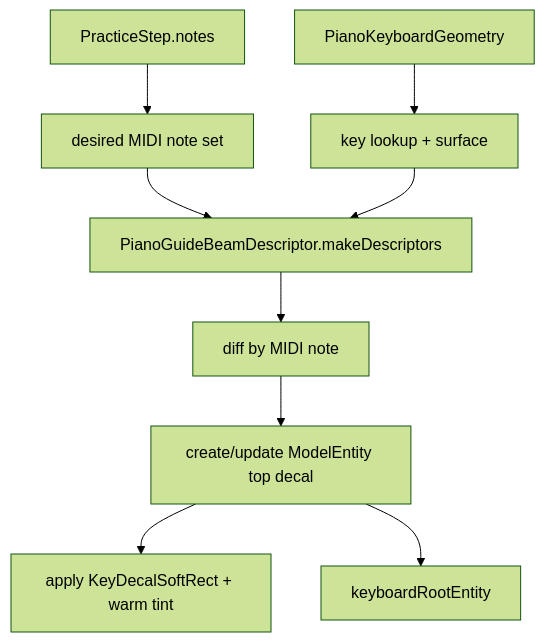
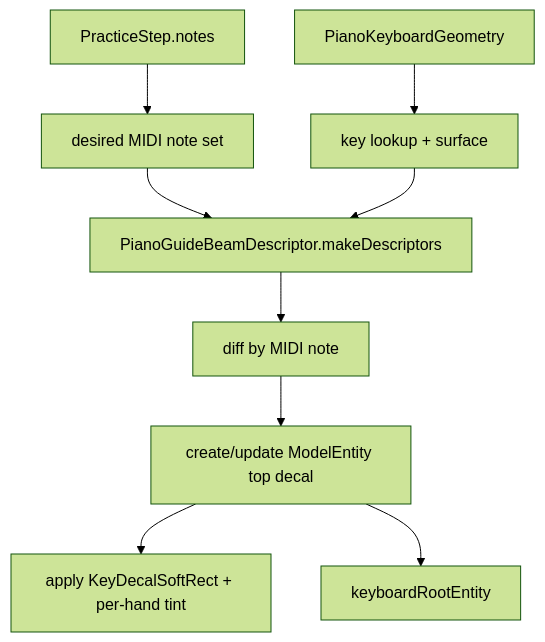
Before and after one commit to chiimagnus/Amoroso: the first of 4 diagrams in .github/deepwiki/modules/lonelypianist-avp-practice.md, drawn with Mermaid (forest theme). The commit also changed other lines of this file and 13 other files, not shown here.

````diff
--- a/.github/deepwiki/modules/lonelypianist-avp-practice.md
+++ b/.github/deepwiki/modules/lonelypianist-avp-practice.md
@@ -46,11 +105,11 @@
 ```mermaid
 flowchart TD
   A[PracticeStep.notes] --> B[desired MIDI note set]
   C[PianoKeyboardGeometry] --> D[key lookup + surface]
   B --> E[PianoGuideBeamDescriptor.makeDescriptors]
   D --> E
   E --> F[diff by MIDI note]
   F --> G[create/update ModelEntity top decal]
-  G --> H[apply KeyDecalSoftRect + warm tint]
+  G --> H[apply KeyDecalSoftRect + per-hand tint]
   G --> K[keyboardRootEntity]
 ```
````
